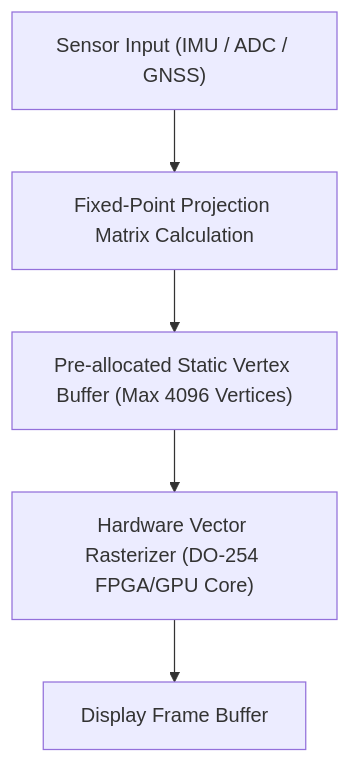
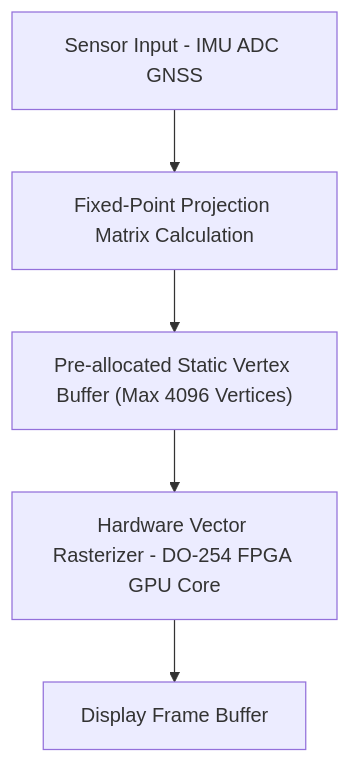
The sixth of 6 diagrams in docs/architecture/blueprints/SAFETY_CRITICAL_REALTIME_UI_FRAMEWORK.md (gintatkinson/DEAP-spec-core), drawn with Mermaid before and after one commit. The commit also changed other lines of this file and 3 other files, not shown here.

````diff
--- a/docs/architecture/blueprints/SAFETY_CRITICAL_REALTIME_UI_FRAMEWORK.md
+++ b/docs/architecture/blueprints/SAFETY_CRITICAL_REALTIME_UI_FRAMEWORK.md
@@ -198,7 +198,7 @@
 ```mermaid
 flowchart TD
-    Sensors["Sensor Input (IMU / ADC / GNSS)"] --> MatrixCalc["Fixed-Point Projection Matrix Calculation"]
+    Sensors["Sensor Input - IMU ADC GNSS"] --> MatrixCalc["Fixed-Point Projection Matrix Calculation"]
     MatrixCalc --> VBuffer["Pre-allocated Static Vertex Buffer (Max 4096 Vertices)"]
-    VBuffer --> Rasterizer["Hardware Vector Rasterizer (DO-254 FPGA/GPU Core)"]
+    VBuffer --> Rasterizer["Hardware Vector Rasterizer - DO-254 FPGA GPU Core"]
     Rasterizer --> FrameBuffer["Display Frame Buffer"]
 ```
````
